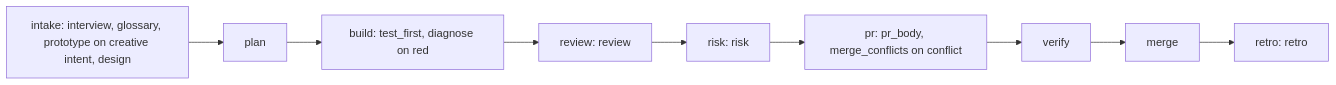
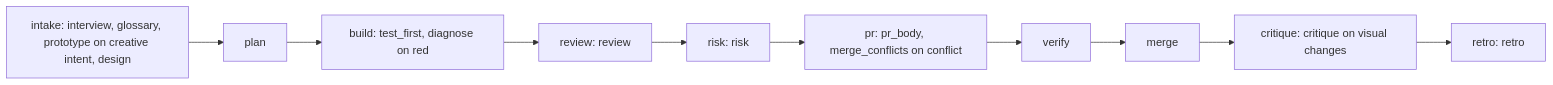
The diagram in docs/skills/README.md (diegoaltoworks/forger), drawn with Mermaid before and after one commit. The commit also changed other lines of this file and 28 other files, not shown here.

First line of the commit message:
feat: a critique slot scores a visual change against the verbatim brief and files ranked polish tickets (#234) (#249)

````diff
--- a/docs/skills/README.md
+++ b/docs/skills/README.md
@@ -34,11 +34,12 @@
 ```mermaid
 flowchart LR
     I[intake: interview, glossary, prototype on creative intent, design] --> P[plan]
     P --> B[build: test_first, diagnose on red]
     B --> R[review: review]
     R --> K[risk: risk]
     K --> PR[pr: pr_body, merge_conflicts on conflict]
     PR --> V[verify]
     V --> M[merge]
-    M --> T[retro: retro]
+    M --> C[critique: critique on visual changes]
+    C --> T[retro: retro]
 ```
````
